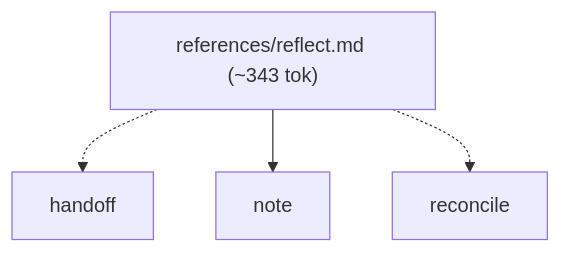
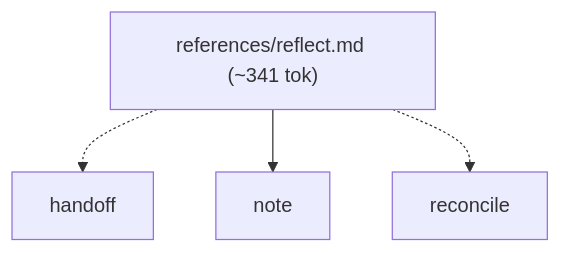
Before and after one commit to alecegg/varde: the fifth of 6 diagrams in skills/varde-knowledge/FLOW.md, drawn with Mermaid. The commit also changed other lines of this file and 269 other files, not shown here.

````diff
--- a/skills/varde-knowledge/FLOW.md
+++ b/skills/varde-knowledge/FLOW.md
@@ -86,10 +72,10 @@
 ```mermaid
 flowchart TD
-  n0["references/reflect.md (~343 tok)"]
+  n0["references/reflect.md (~341 tok)"]
   n1["handoff"]
   n2["note"]
   n3["reconcile"]
   n0 -.-> n1
   n0 --> n2
   n0 -.-> n3
 ```
````
